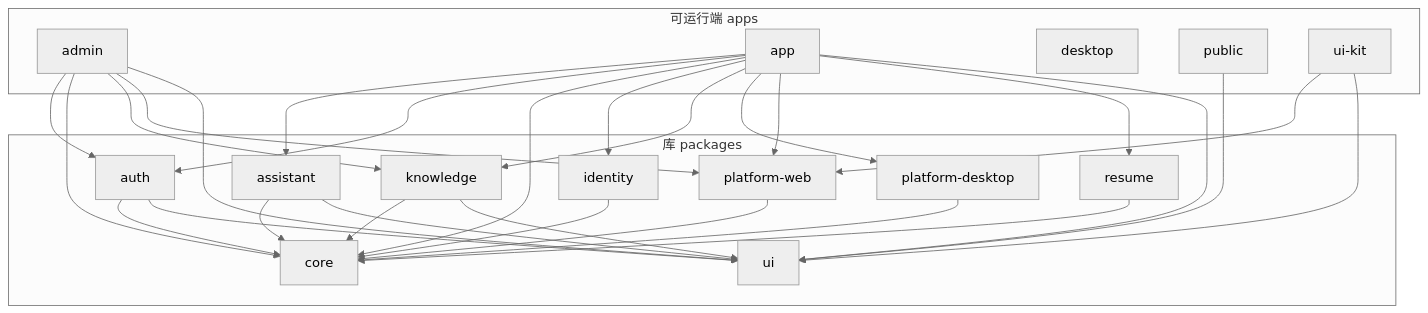
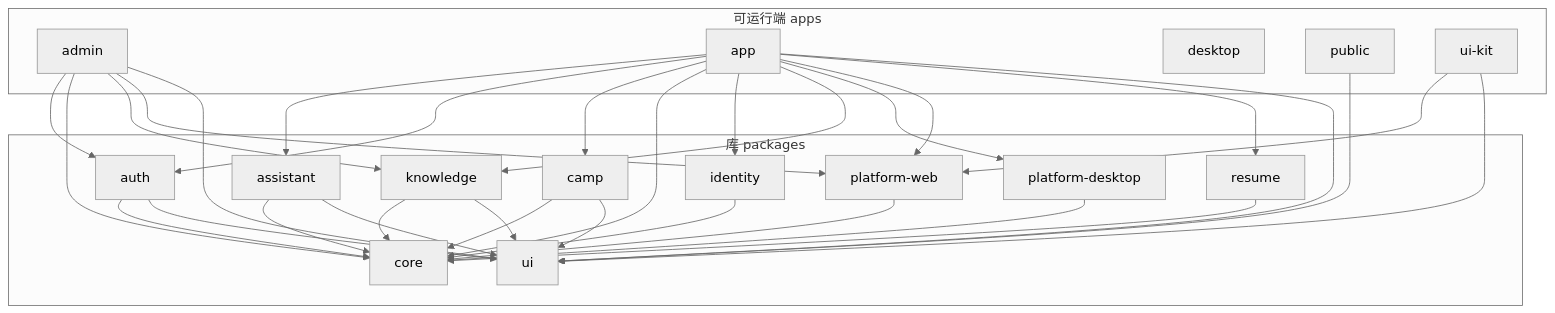
One commit to xiaou61/U-space changed the diagram in docs/architecture/04-frontend-packages.md. Above: the diagram before and after it, drawn with Mermaid (neutral theme). The commit also changed other lines of this file and 2 other files, not shown here.

First line of the commit message:
docs(architecture): 重新生成三张漂移的结构图

````diff
--- a/docs/architecture/04-frontend-packages.md
+++ b/docs/architecture/04-frontend-packages.md
@@ -12,48 +12,52 @@
 ```mermaid
 flowchart TB
   subgraph 库 packages
     assistant["assistant"]
     auth["auth"]
+    camp["camp"]
     core["core"]
     identity["identity"]
     knowledge["knowledge"]
     platform_desktop["platform-desktop"]
     platform_web["platform-web"]
     resume["resume"]
     ui["ui"]
   end
   subgraph 可运行端 apps
     admin["admin"]
     app["app"]
     desktop["desktop"]
     public["public"]
     ui_kit["ui-kit"]
   end
   assistant --> core
   assistant --> ui
   auth --> core
   auth --> ui
+  camp --> core
+  camp --> ui
   identity --> core
   knowledge --> core
   knowledge --> ui
   platform_desktop --> core
   platform_web --> core
   resume --> core
   admin --> auth
   admin --> core
   admin --> knowledge
   admin --> platform_web
   admin --> ui
   app --> assistant
   app --> auth
+  app --> camp
   app --> core
   app --> identity
   app --> knowledge
   app --> platform_desktop
   app --> platform_web
   app --> resume
   app --> ui
   public --> ui
   ui_kit --> platform_web
   ui_kit --> ui
 ```
````
